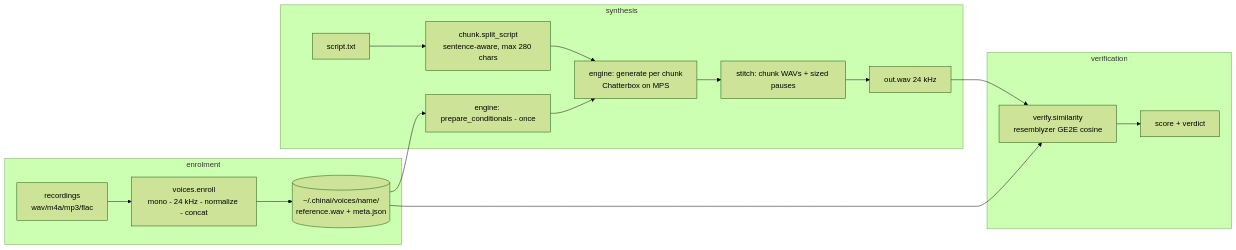
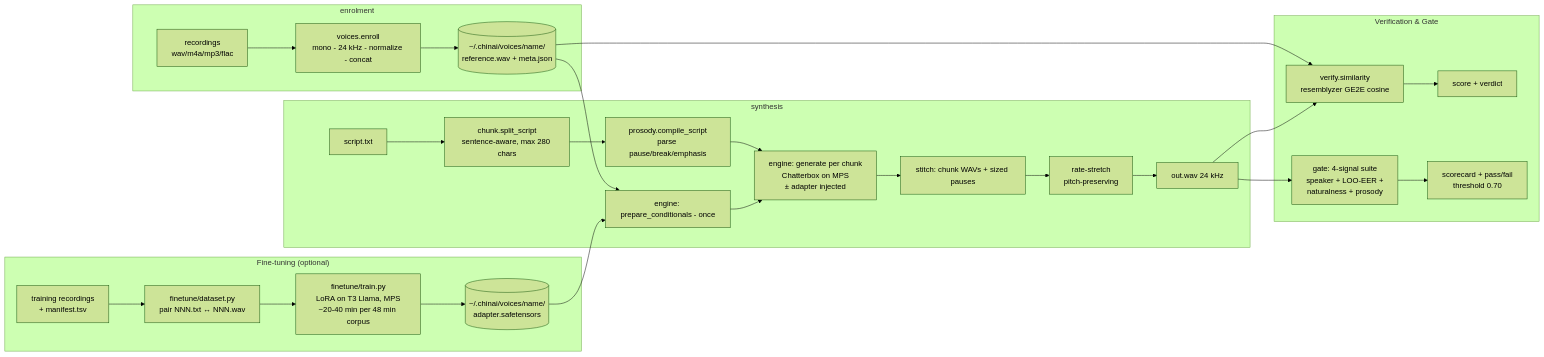
The first of 2 diagrams in docs/design.md (MattModeCode/double-chin), drawn with Mermaid (forest theme) before and after one commit. The commit also changed other lines of this file and 1 other file, not shown here.

First line of the commit message:
docs: document fine-tune backend, prosody controls, and gate

````diff
--- a/docs/design.md
+++ b/docs/design.md
@@ -60,17 +103,27 @@
 ```mermaid
 flowchart LR
     subgraph enrolment
         R[recordings<br/>wav/m4a/mp3/flac] --> E[voices.enroll<br/>mono - 24 kHz - normalize - concat] --> V[(~/.chinai/voices/name/<br/>reference.wav + meta.json)]
     end
+    subgraph finetuning["Fine-tuning (optional)"]
+        T[training recordings<br/>+ manifest.tsv] --> D[finetune/dataset.py<br/>pair NNN.txt ↔ NNN.wav]
+        D --> F[finetune/train.py<br/>LoRA on T3 Llama, MPS<br/>~20-40 min per 48 min corpus]
+        F --> A[(~/.chinai/voices/name/<br/>adapter.safetensors)]
+    end
     subgraph synthesis
         S[script.txt] --> C[chunk.split_script<br/>sentence-aware, max 280 chars]
+        C --> PR[prosody.compile_script<br/>parse pause/break/emphasis]
         V --> P[engine: prepare_conditionals - once]
-        C --> G[engine: generate per chunk<br/>Chatterbox on MPS]
+        A --> P
+        PR --> G[engine: generate per chunk<br/>Chatterbox on MPS<br/>± adapter injected]
         P --> G
-        G --> ST[stitch: chunk WAVs + sized pauses] --> O[out.wav 24 kHz]
+        G --> ST[stitch: chunk WAVs + sized pauses] --> RR[rate-stretch<br/>pitch-preserving] --> O[out.wav 24 kHz]
     end
-    subgraph verification
+    subgraph verification["Verification & Gate"]
         V --> VS[verify.similarity<br/>resemblyzer GE2E cosine]
-        O --> VS --> VD[score + verdict]
+        O --> VS
+        O --> GATE["gate: 4-signal suite<br/>speaker + LOO-EER +<br/>naturalness + prosody"]
+        VS --> VD[score + verdict]
+        GATE --> GR["scorecard + pass/fail<br/>threshold 0.70"]
     end
 ```
````
